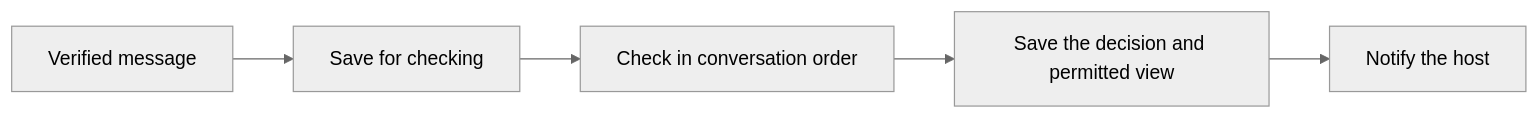
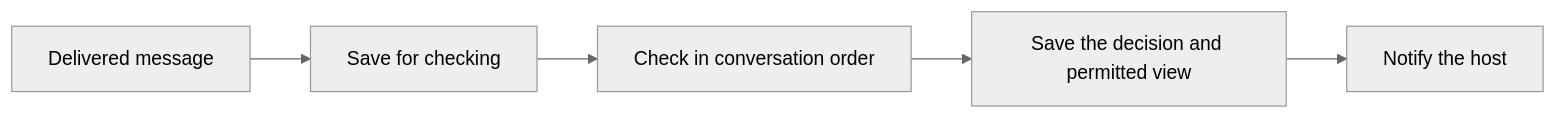
The second of 3 diagrams in packages/social-harness/src/harness/README.md (chughtapan/moltzap-staging), drawn with Mermaid (neutral theme) before and after one commit. The commit also changed other lines of this file and 36 other files, not shown here.

````diff
--- a/packages/social-harness/src/harness/README.md
+++ b/packages/social-harness/src/harness/README.md
@@ -22,7 +22,7 @@
 ```mermaid
 flowchart LR
-  A[Verified message] --> B[Save for checking]
+  A[Delivered message] --> B[Save for checking]
   B --> C[Check in conversation order]
   C --> D[Save the decision and permitted view]
   D --> E[Notify the host]
 ```
````
